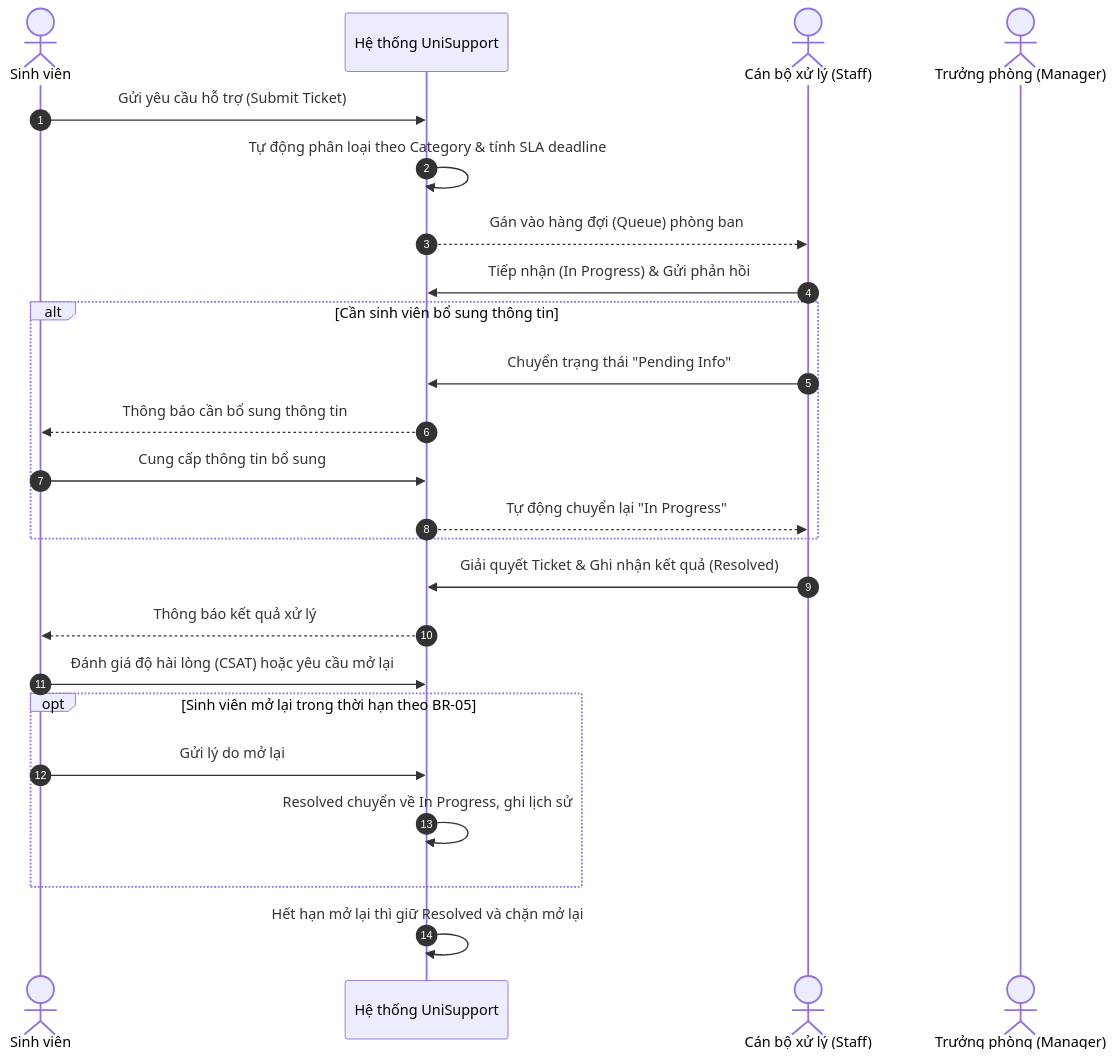
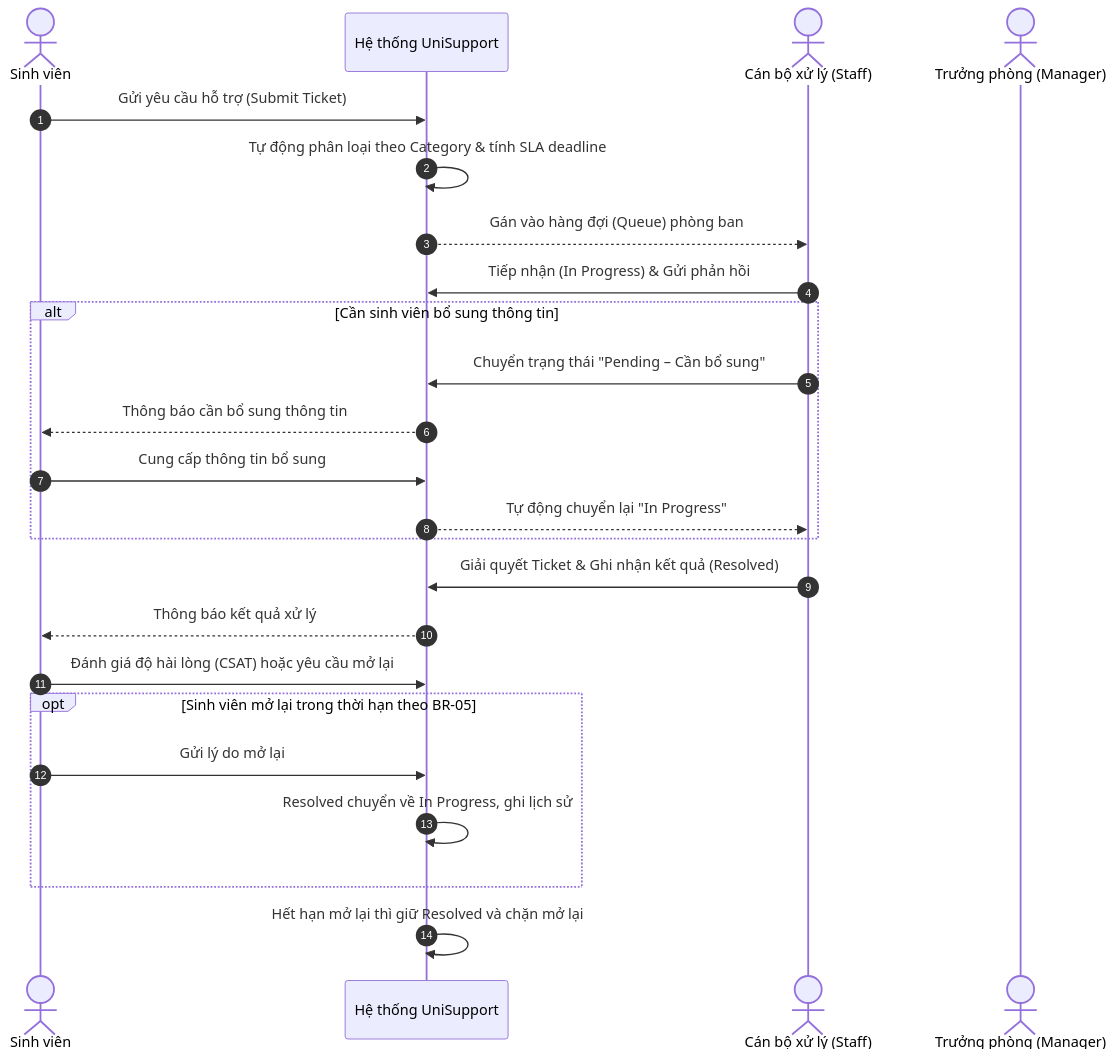
The diagram in docs/04-workflows/README.md (vinhdai123/UniSupport_Project), drawn with Mermaid before and after one commit. The commit also changed 11 other files, not shown here.

````diff
--- a/docs/04-workflows/README.md
+++ b/docs/04-workflows/README.md
@@ -11,27 +11,27 @@
 ```mermaid
 sequenceDiagram
     autonumber
     actor SV as Sinh viên
     participant Sys as Hệ thống UniSupport
     actor CB as Cán bộ xử lý (Staff)
     actor TP as Trưởng phòng (Manager)
 
     SV->>Sys: Gửi yêu cầu hỗ trợ (Submit Ticket)
     Sys->>Sys: Tự động phân loại theo Category & tính SLA deadline
     Sys-->>CB: Gán vào hàng đợi (Queue) phòng ban
     CB->>Sys: Tiếp nhận (In Progress) & Gửi phản hồi
     alt Cần sinh viên bổ sung thông tin
-        CB->>Sys: Chuyển trạng thái "Pending Info"
+        CB->>Sys: Chuyển trạng thái "Pending – Cần bổ sung"
         Sys-->>SV: Thông báo cần bổ sung thông tin
         SV->>Sys: Cung cấp thông tin bổ sung
         Sys-->>CB: Tự động chuyển lại "In Progress"
     end
     CB->>Sys: Giải quyết Ticket & Ghi nhận kết quả (Resolved)
     Sys-->>SV: Thông báo kết quả xử lý
     SV->>Sys: Đánh giá độ hài lòng (CSAT) hoặc yêu cầu mở lại
     opt Sinh viên mở lại trong thời hạn theo BR-05
         SV->>Sys: Gửi lý do mở lại
         Sys->>Sys: Resolved chuyển về In Progress, ghi lịch sử
     end
     Sys->>Sys: Hết hạn mở lại thì giữ Resolved và chặn mở lại
 ```
````
